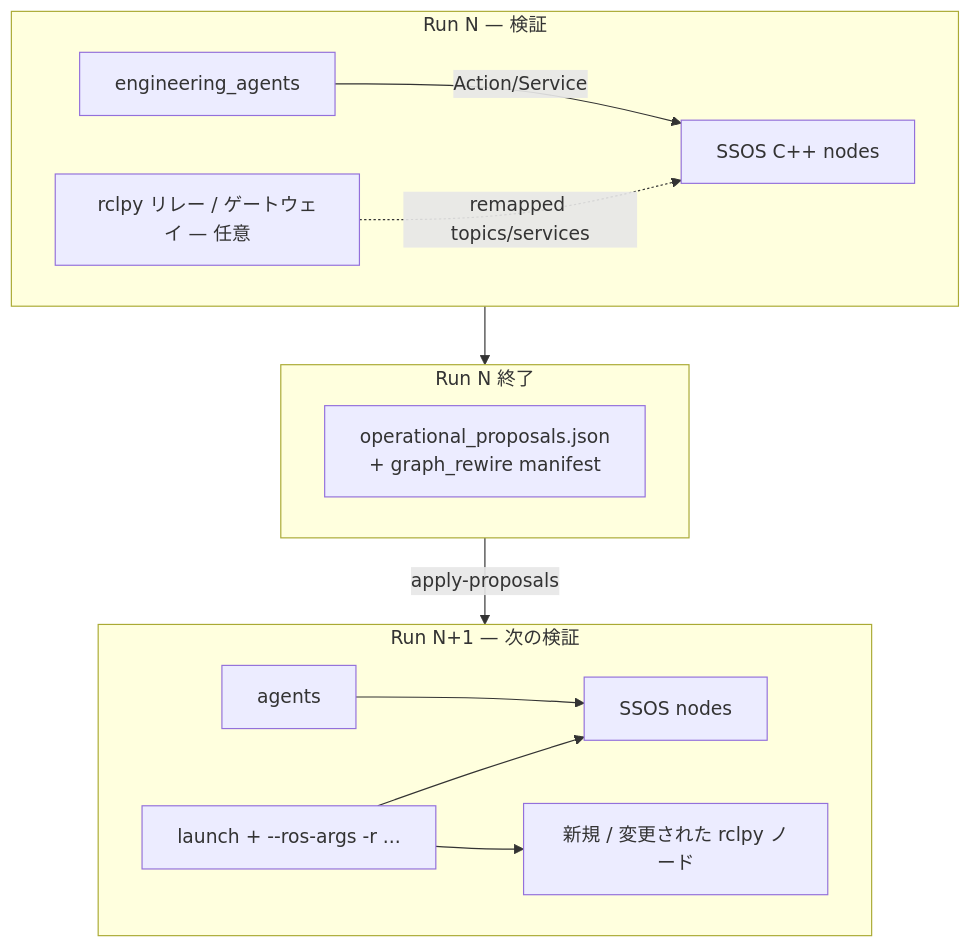
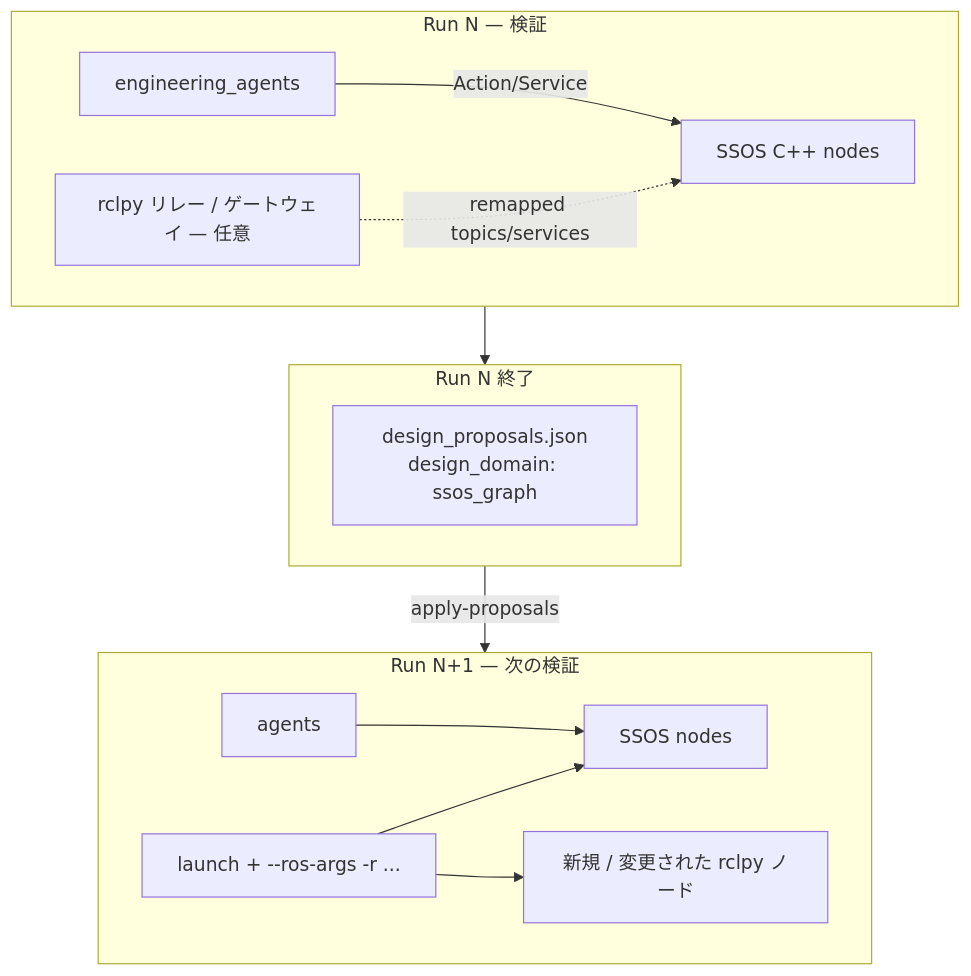
Before and after one commit to hirototamura/engineering_agents: the diagram in ja/memo/ssos_ros2_graph_design_investigation.md, drawn with Mermaid. The commit also changed other lines of this file and 10 other files, not shown here.

First line of the commit message:
Unify ssos_eclss_loop post-run proposals as design_proposals and add Docker runner.

````diff
--- a/ja/memo/ssos_ros2_graph_design_investigation.md
+++ b/ja/memo/ssos_ros2_graph_design_investigation.md
@@ -171,27 +171,27 @@
 ```mermaid
 flowchart TB
   subgraph run_n [Run N — 検証]
     Agents[engineering_agents]
     SSOS[SSOS C++ nodes]
     Relay[rclpy リレー / ゲートウェイ — 任意]
     Agents -->|Action/Service| SSOS
     Relay -.->|remapped topics/services| SSOS
   end
 
   subgraph post [Run N 終了]
-    Props[operational_proposals.json<br/>+ graph_rewire manifest]
+    Props[design_proposals.json<br/>design_domain: ssos_graph]
   end
 
   subgraph run_n1 [Run N+1 — 次の検証]
     Launch[launch + --ros-args -r ...]
     Agents2[agents]
     SSOS2[SSOS nodes]
     Relay2[新規 / 変更された rclpy ノード]
     Launch --> SSOS2
     Launch --> Relay2
     Agents2 --> SSOS2
   end
 
   run_n --> post
   post -->|apply-proposals| run_n1
 ```
````
